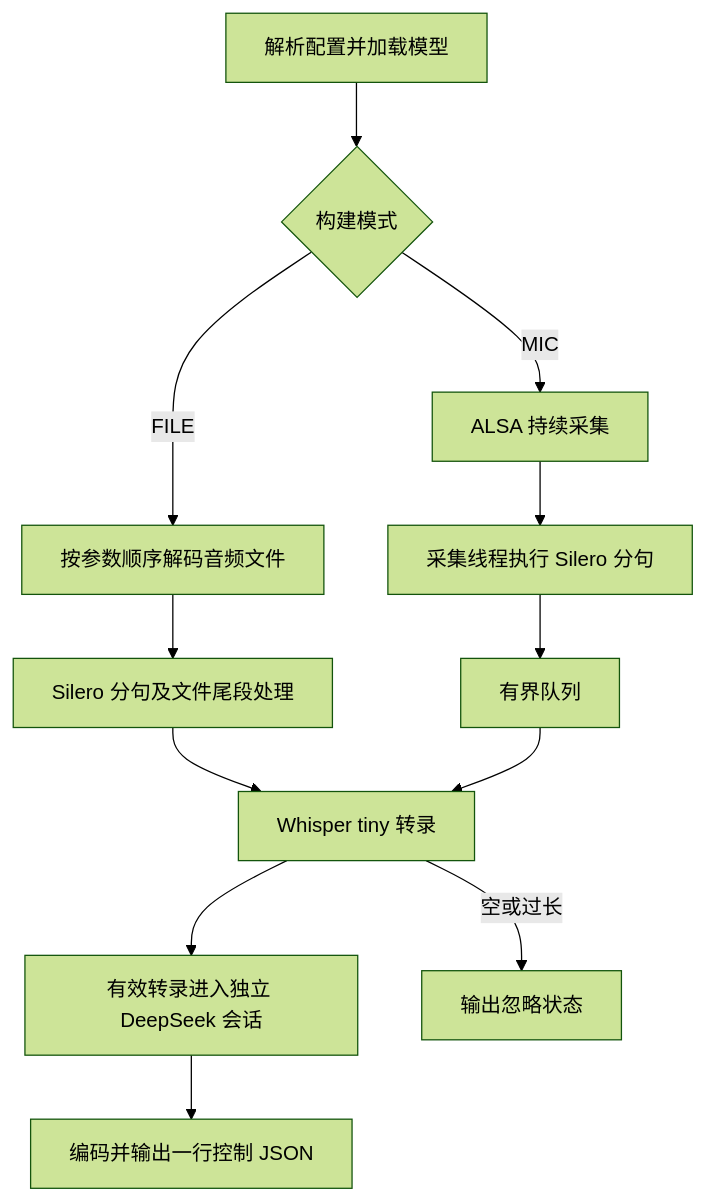
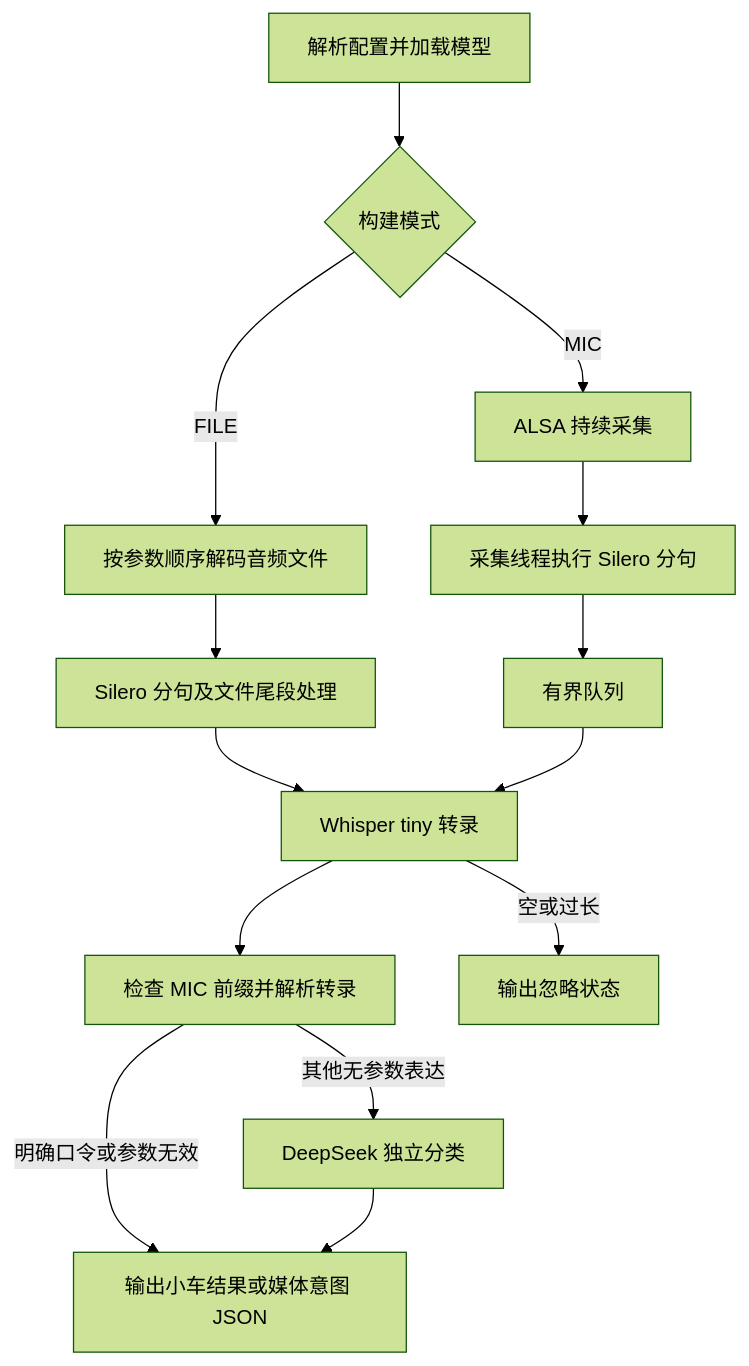
Before and after one commit to hhlqwq/models_deploy: the diagram in demo/smart_car/voice_control/docs/flow.md, drawn with Mermaid (forest theme). The commit also changed other lines of this file and 5 other files, not shown here.

Commit message:
feat：为语音控制增加运动参数与媒体意图

````diff
--- a/demo/smart_car/voice_control/docs/flow.md
+++ b/demo/smart_car/voice_control/docs/flow.md
@@ -5,14 +5,16 @@
 ```mermaid
 flowchart TD
     A[解析配置并加载模型] --> B{构建模式}
     B -->|FILE| C[按参数顺序解码音频文件]
     B -->|MIC| D[ALSA 持续采集]
     C --> E[Silero 分句及文件尾段处理]
     D --> F[采集线程执行 Silero 分句]
     F --> G[有界队列]
     E --> H[Whisper tiny 转录]
     G --> H
-    H --> I[有效转录进入独立 DeepSeek 会话]
-    I --> J[编码并输出一行控制 JSON]
+    H --> I[检查 MIC 前缀并解析转录]
+    I -->|明确口令或参数无效| J[输出小车结果或媒体意图 JSON]
+    I -->|其他无参数表达| L[DeepSeek 独立分类]
+    L --> J
     H -->|空或过长| K[输出忽略状态]
 ```
````
